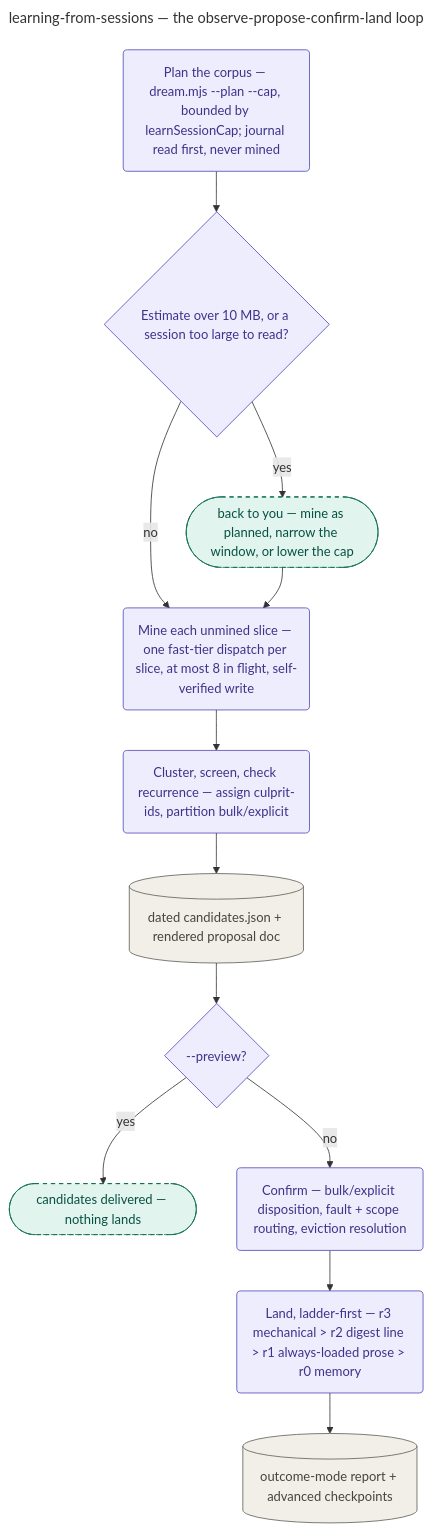
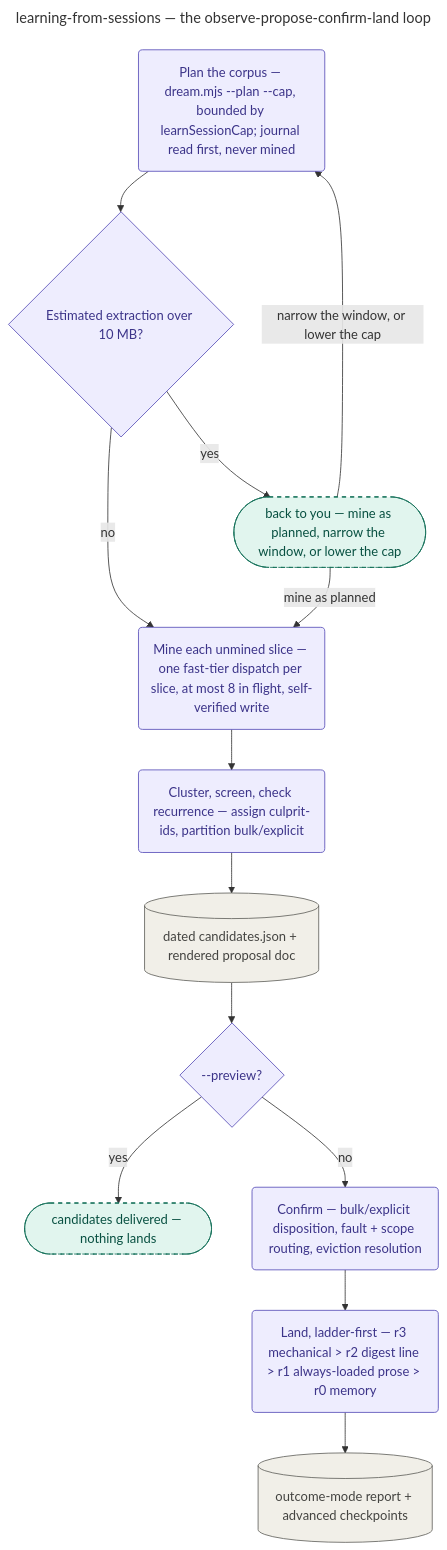
The diagram in docs/playbooks/learning-from-sessions/README.md (KonstantinRoehrl/devcycle), drawn with Mermaid before and after one commit. The commit also changed other lines of this file and 2 other files, not shown here.

````diff
--- a/docs/playbooks/learning-from-sessions/README.md
+++ b/docs/playbooks/learning-from-sessions/README.md
@@ -41,24 +43,25 @@
 ```mermaid
 ---
 title: learning-from-sessions — the observe-propose-confirm-land loop
-accDescr: Playbook-internal flowchart of the learn loop, from planning a capped corpus through the pre-dispatch cost gate and mining unmined slices, then clustering, screening and recurrence-checking into a rendered candidate proposal, the --preview exit, and a default run's Confirm routing and ladder-first Land steps ending at the outcome-mode report.
+accDescr: Playbook-internal flowchart of the learn loop, from planning a capped corpus through the pre-dispatch gate on the estimated extraction size — whose answer either proceeds to mining or loops back to re-plan a narrower corpus — and mining unmined slices, then clustering, screening and recurrence-checking into a rendered candidate proposal, the --preview exit, and a default run's Confirm routing and ladder-first Land steps ending at the outcome-mode report.
 ---
 flowchart TD
     PLAN("Plan the corpus — dream.mjs --plan --cap, bounded by learnSessionCap; journal read first, never mined"):::stage
-    PLAN --> GATE{"Estimate over 10 MB, or a session too large to read?"}:::stage
+    PLAN --> GATE{"Estimated extraction over 10 MB?"}:::stage
     GATE -->|yes| ASK(["back to you — mine as planned, narrow the window, or lower the cap"]):::tool
     GATE -->|no| MINE
-    ASK --> MINE
+    ASK -->|mine as planned| MINE
+    ASK -->|narrow the window, or lower the cap| PLAN
     MINE("Mine each unmined slice — one fast-tier dispatch per slice, at most 8 in flight, self-verified write"):::stage
     MINE --> CLUSTER("Cluster, screen, check recurrence — assign culprit-ids, partition bulk/explicit"):::stage
     CLUSTER --> CANDFILE[("dated candidates.json + rendered proposal doc")]:::structural
     CANDFILE --> PREVIEW{"--preview?"}:::stage
     PREVIEW -->|yes| STOP(["candidates delivered — nothing lands"]):::tool
     PREVIEW -->|no| CONFIRM("Confirm — bulk/explicit disposition, fault + scope routing, eviction resolution"):::stage
     CONFIRM --> LAND("Land, ladder-first — r3 mechanical > r2 digest line > r1 always-loaded prose > r0 memory"):::stage
     LAND --> OUTCOME[("outcome-mode report + advanced checkpoints")]:::structural
 
     classDef stage fill:#EEEDFE,stroke:#534AB7,color:#3C3489;
     classDef tool fill:#E1F5EE,stroke:#0F6E56,color:#085041,stroke-dasharray:5 5;
     classDef structural fill:#F1EFE8,stroke:#5F5E5A,color:#444441;
 ```
````
